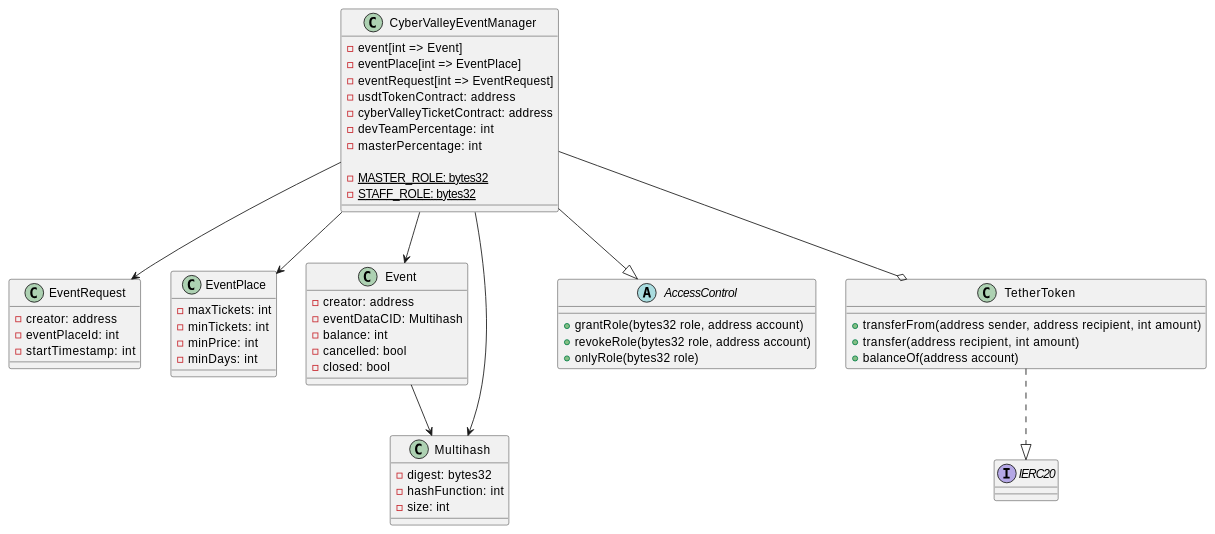
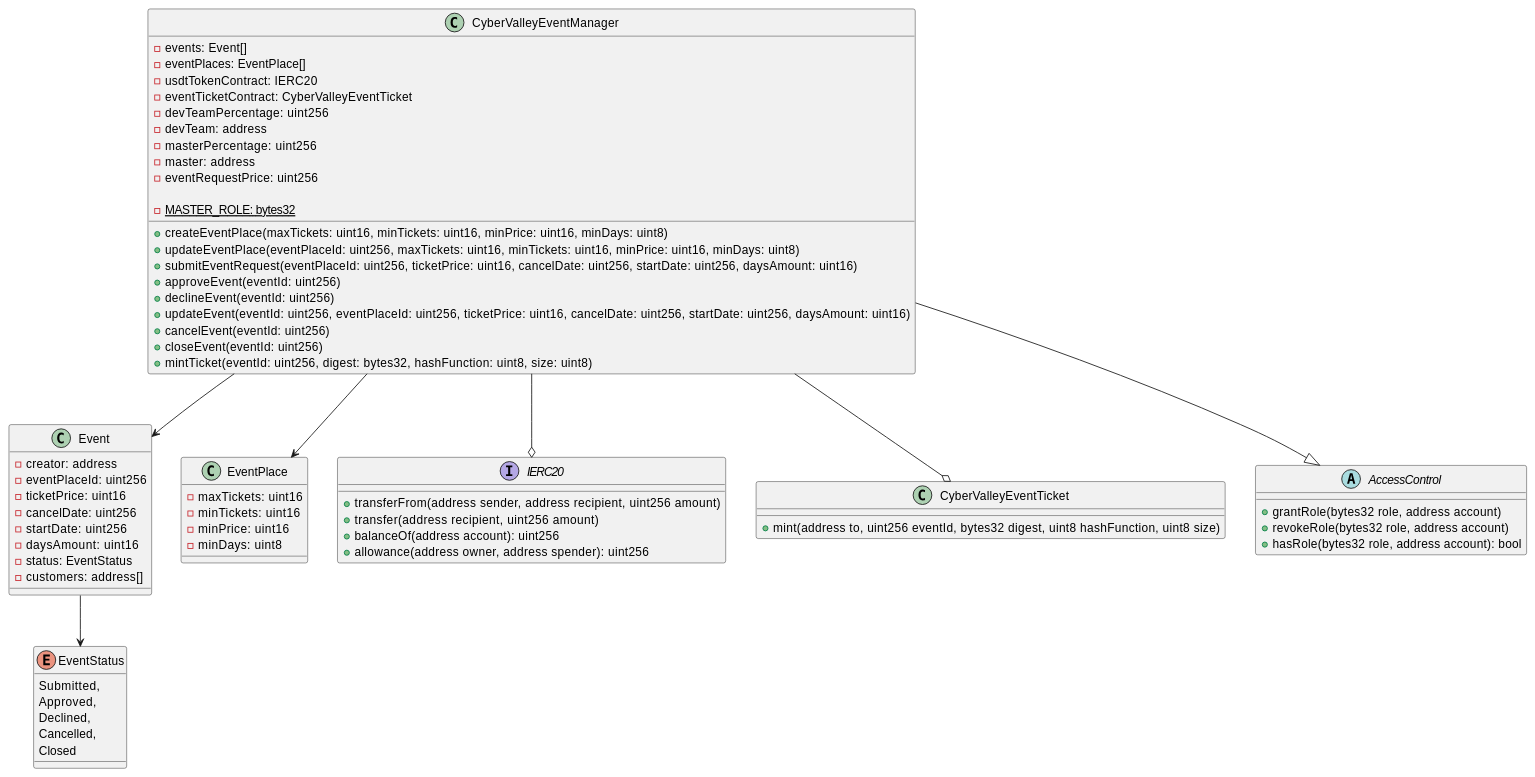
Before and after one commit to ai-shift/cyber-valley-tickets: diagram 20 of 26 in README.org, drawn with PlantUML. The commit also changed other lines of this file, not shown here.

```diff
--- a/README.org
+++ b/README.org
@@ -478,64 +536,75 @@
 #+begin_src plantuml :file ./img/event-manager.png
 class CyberValleyEventManager {
-  - event[int => Event]
-  - eventPlace[int => EventPlace]
-  - eventRequest[int => EventRequest]
-  - usdtTokenContract: address
-  - cyberValleyTicketContract: address
-  - devTeamPercentage: int
-  - masterPercentage: int
+  - events: Event[]
+  - eventPlaces: EventPlace[]
+  - usdtTokenContract: IERC20
+  - eventTicketContract: CyberValleyEventTicket
+  - devTeamPercentage: uint256
+  - devTeam: address
+  - masterPercentage: uint256
+  - master: address
+  - eventRequestPrice: uint256
 
   - {static} MASTER_ROLE: bytes32
-  - {static} STAFF_ROLE: bytes32
-}
 
-class EventRequest {
-  - creator: address
-  - eventPlaceId: int
-  - startTimestamp: int
-}
-
-class EventPlace {
-  - maxTickets: int
-  - minTickets: int
-  - minPrice: int
-  - minDays: int
+  + createEventPlace(maxTickets: uint16, minTickets: uint16, minPrice: uint16, minDays: uint8)
+  + updateEventPlace(eventPlaceId: uint256, maxTickets: uint16, minTickets: uint16, minPrice: uint16, minDays: uint8)
+  + submitEventRequest(eventPlaceId: uint256, ticketPrice: uint16, cancelDate: uint256, startDate: uint256, daysAmount: uint16)
+  + approveEvent(eventId: uint256)
+  + declineEvent(eventId: uint256)
+  + updateEvent(eventId: uint256, eventPlaceId: uint256, ticketPrice: uint16, cancelDate: uint256, startDate: uint256, daysAmount: uint16)
+  + cancelEvent(eventId: uint256)
+  + closeEvent(eventId: uint256)
+  + mintTicket(eventId: uint256, digest: bytes32, hashFunction: uint8, size: uint8)
 }
 
 class Event {
   - creator: address
-  - eventDataCID: Multihash
-  - balance: int
-  - cancelled: bool
-  - closed: bool
+  - eventPlaceId: uint256
+  - ticketPrice: uint16
+  - cancelDate: uint256
+  - startDate: uint256
+  - daysAmount: uint16
+  - status: EventStatus
+  - customers: address[]
 }
 
-class Multihash {
-  - digest: bytes32
-  - hashFunction: int
-  - size: int
+enum EventStatus {
+  Submitted,
+  Approved,
+  Declined,
+  Cancelled,
+  Closed
+}
+
+class EventPlace {
+  - maxTickets: uint16
+  - minTickets: uint16
+  - minPrice: uint16
+  - minDays: uint8
+}
+
+interface IERC20 {
+  + transferFrom(address sender, address recipient, uint256 amount)
+  + transfer(address recipient, uint256 amount)
+  + balanceOf(address account): uint256
+  + allowance(address owner, address spender): uint256
+}
+
+class CyberValleyEventTicket {
+  + mint(address to, uint256 eventId, bytes32 digest, uint8 hashFunction, uint8 size)
 }
 
 abstract class AccessControl {
   + grantRole(bytes32 role, address account)
   + revokeRole(bytes32 role, address account)
-  + onlyRole(bytes32 role)
+  + hasRole(bytes32 role, address account): bool
 }
 
-class TetherToken {
-  + transferFrom(address sender, address recipient, int amount)
-  + transfer(address recipient, int amount)
-  + balanceOf(address account)
-}
-
-interface IERC20 {}
-
 CyberValleyEventManager --|> AccessControl
-CyberValleyEventManager --> EventRequest
+CyberValleyEventManager --o IERC20
+CyberValleyEventManager --o CyberValleyEventTicket
+CyberValleyEventManager --> Event
 CyberValleyEventManager --> EventPlace
-CyberValleyEventManager --> Event
-CyberValleyEventManager --> Multihash
-CyberValleyEventManager --o TetherToken
-TetherToken ..|> IERC20
-Event --> Multihash
+Event --> EventStatus
 #+end_src
```
